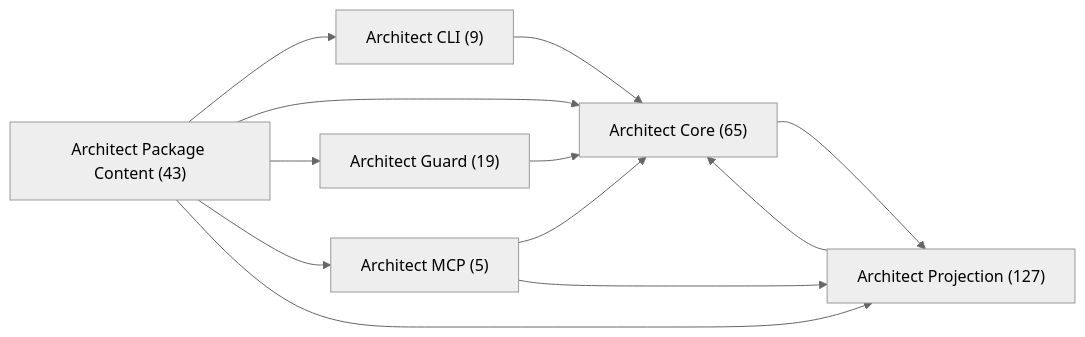
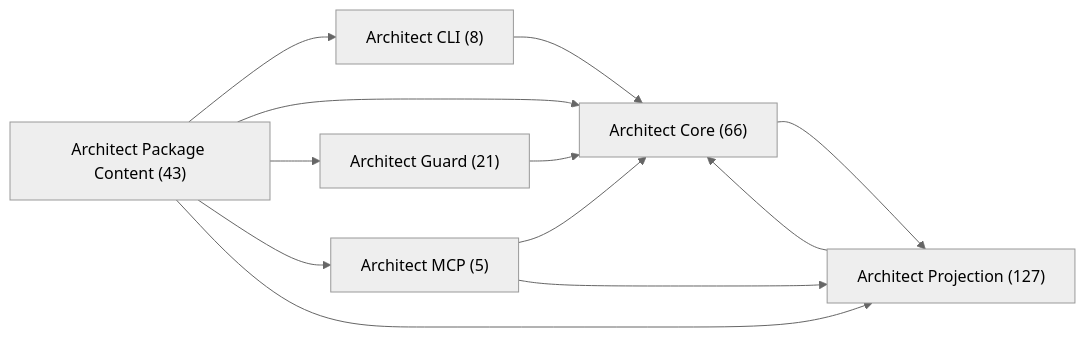
The first of 7 diagrams in docs-live/design-review/by-package.md (libar-dev/architect), drawn with Mermaid (neutral theme) before and after one commit. The commit also changed other lines of this file and 185 other files, not shown here.

Commit message:
refactor(architect): replace facade with frozen graph handle

````diff
--- a/docs-live/design-review/by-package.md
+++ b/docs-live/design-review/by-package.md
@@ -18,20 +18,20 @@
 ```mermaid
 graph LR
-  pkg_architect_cli["Architect CLI (9)"]
-  pkg_architect_core["Architect Core (65)"]
-  pkg_architect_guard["Architect Guard (19)"]
+  pkg_architect_cli["Architect CLI (8)"]
+  pkg_architect_core["Architect Core (66)"]
+  pkg_architect_guard["Architect Guard (21)"]
   pkg_architect_mcp["Architect MCP (5)"]
   pkg_architect_package_content["Architect Package Content (43)"]
   pkg_architect_projection["Architect Projection (127)"]
   pkg_architect_cli --> pkg_architect_core
   pkg_architect_core --> pkg_architect_projection
   pkg_architect_guard --> pkg_architect_core
   pkg_architect_mcp --> pkg_architect_core
   pkg_architect_mcp --> pkg_architect_projection
   pkg_architect_package_content --> pkg_architect_cli
   pkg_architect_package_content --> pkg_architect_core
   pkg_architect_package_content --> pkg_architect_guard
   pkg_architect_package_content --> pkg_architect_mcp
   pkg_architect_package_content --> pkg_architect_projection
   pkg_architect_projection --> pkg_architect_core
 ```
````
